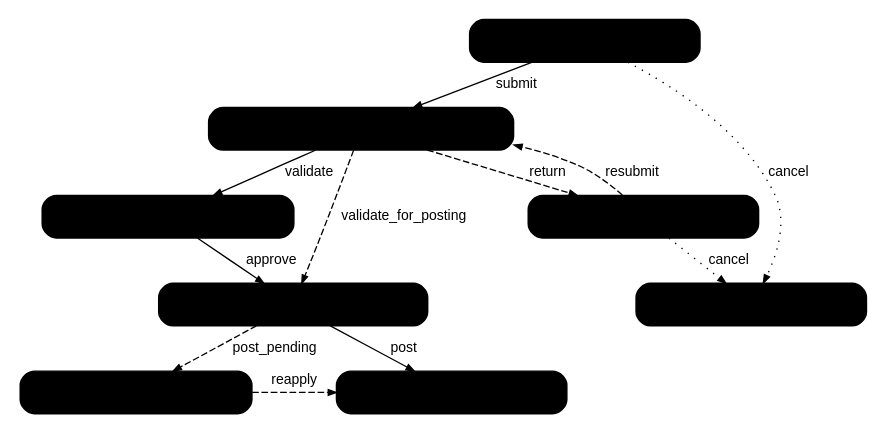
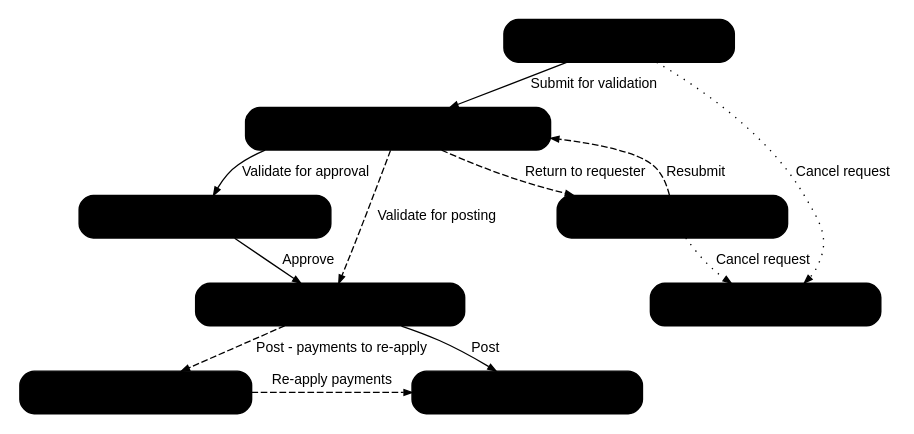
Before and after one commit to IortaTexhNXT-DEV/FinVerse: the diagram in docs/deliverables/src/BRD-02_Operations/figures/brd02_wf_endorsement.dot, drawn with Graphviz. The commit also changed 42 other files, not shown here.

```diff
--- a/docs/deliverables/src/BRD-02_Operations/figures/brd02_wf_endorsement.dot
+++ b/docs/deliverables/src/BRD-02_Operations/figures/brd02_wf_endorsement.dot
@@ -1,31 +1,31 @@
 // BRD-2: workflow OPS_ENDORSEMENT (V780; ADJID.001-010). FRS section 5. Stage owner in the second line.
 // Solid = main path, dashed = return or optional path, dotted = closes the case.
 digraph wf_endorsement {
   graph [rankdir=TB, fontname="Arial", nodesep=0.35, ranksep=0.3, bgcolor="white", pad=0.1];
   node  [shape=box, style="rounded,filled", fillcolor="@BG_BLUE", color="@HEADER_BLUE", penwidth=1.1,
          fontname="Arial", fontsize=12, fontcolor="@NEAR_BLACK", width=2.4, height=0.45, margin="0.08,0.02"];
   edge  [color="@MUTED", arrowsize=0.6, fontname="Arial", fontsize=10.5, fontcolor="@TEXT"];
 
   DRAFT [label="DRAFT\nRequester (ADJ_REQUEST)"];
   FOR_VALIDATION [label="FOR_VALIDATION\nAdjustment processor (ADJ_PROCESS)"];
   FOR_APPROVAL [label="FOR_APPROVAL\nAdjustment TL (ADJ_APPROVE)"];
   FOR_POSTING [label="FOR_POSTING\nAdjustment processor (ADJ_POST)"];
   AWAITING_REAPPLICATION [label="AWAITING_REAPPLICATION\nADJ_POST"];
   POSTED [label="POSTED", fillcolor="@SUCCESS_BG", color="@SUCCESS"];
   RETURNED [label="RETURNED\nRequester (ADJ_REQUEST)"];
   CANCELLED [label="CANCELLED", fillcolor="@DIRTY_WHITE", color="@MUTED"];
 
-  DRAFT -> FOR_VALIDATION [label=" submit"];
-  FOR_VALIDATION -> FOR_APPROVAL [label=" validate"];
-  FOR_VALIDATION -> FOR_POSTING [label=" validate_for_posting", style=dashed];
-  FOR_APPROVAL -> FOR_POSTING [label=" approve"];
-  FOR_POSTING -> POSTED [label=" post"];
-  FOR_POSTING -> AWAITING_REAPPLICATION [label=" post_pending", style=dashed];
-  AWAITING_REAPPLICATION -> POSTED [label=" reapply", style=dashed];
-  FOR_VALIDATION -> RETURNED [label=" return", style=dashed, constraint=false];
-  RETURNED -> FOR_VALIDATION [label=" resubmit", style=dashed, constraint=false];
-  RETURNED -> CANCELLED [label=" cancel", style=dotted];
-  DRAFT -> CANCELLED [label=" cancel", style=dotted];
+  DRAFT -> FOR_VALIDATION [label=" Submit for validation"];
+  FOR_VALIDATION -> FOR_APPROVAL [label=" Validate for approval"];
+  FOR_VALIDATION -> FOR_POSTING [label=" Validate for posting", style=dashed];
+  FOR_APPROVAL -> FOR_POSTING [label=" Approve"];
+  FOR_POSTING -> POSTED [label=" Post"];
+  FOR_POSTING -> AWAITING_REAPPLICATION [label=" Post - payments to re-apply", style=dashed];
+  AWAITING_REAPPLICATION -> POSTED [label=" Re-apply payments", style=dashed];
+  FOR_VALIDATION -> RETURNED [label=" Return to requester", style=dashed, constraint=false];
+  RETURNED -> FOR_VALIDATION [label=" Resubmit", style=dashed, constraint=false];
+  RETURNED -> CANCELLED [label=" Cancel request", style=dotted];
+  DRAFT -> CANCELLED [label=" Cancel request", style=dotted];
   { rank=same; POSTED; AWAITING_REAPPLICATION; }
   { rank=same; FOR_APPROVAL; RETURNED; }
 }
```
